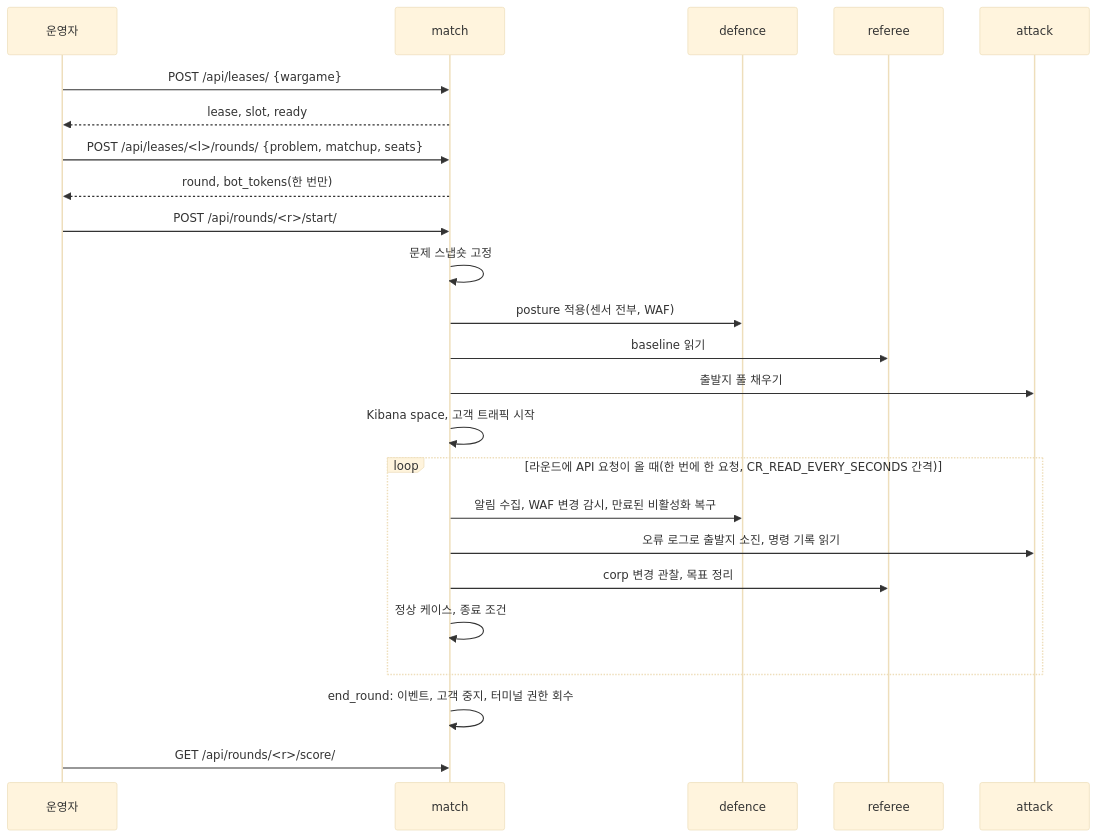
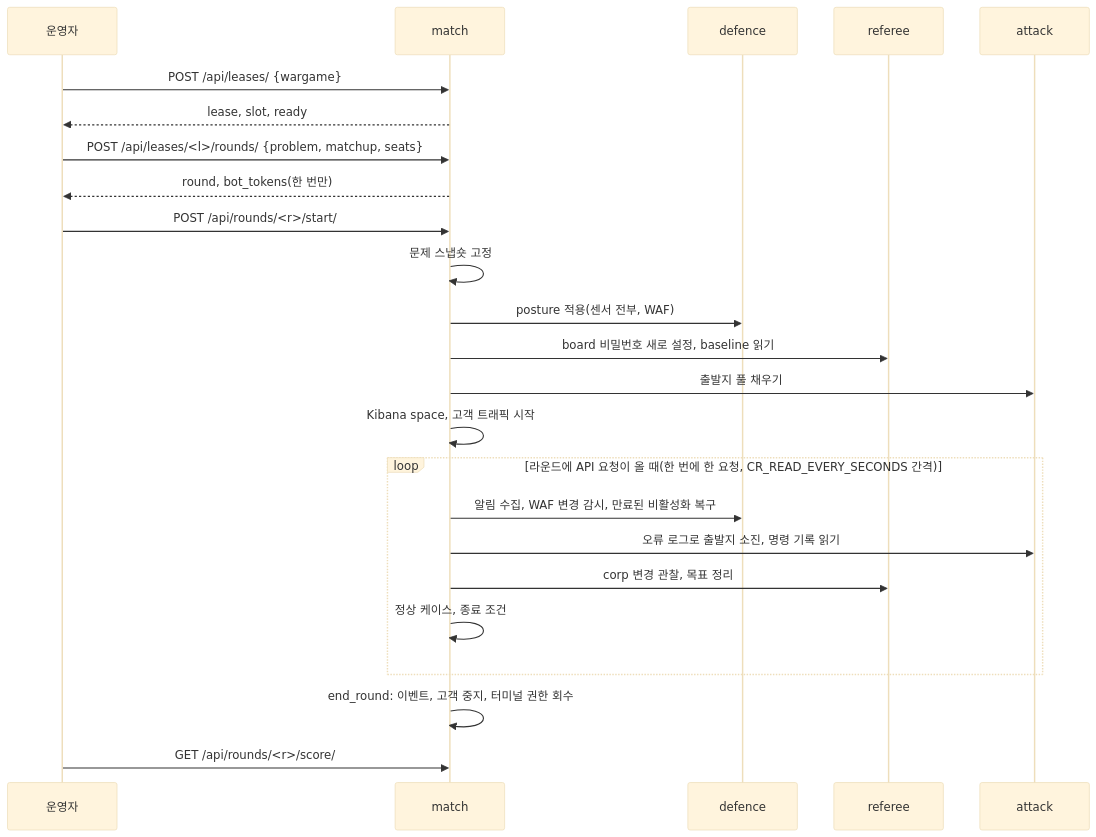
Before and after one commit to Nekonic/fsl-project-mvp: the diagram in docs/ARCHITECTURE.md, drawn with Mermaid (base theme). The commit also changed other lines of this file and 14 other files, not shown here.

````diff
--- a/docs/ARCHITECTURE.md
+++ b/docs/ARCHITECTURE.md
@@ -205,26 +205,26 @@
 ```mermaid
 sequenceDiagram
   participant O as 운영자
   participant M as match
   participant D as defence
   participant R as referee
   participant A as attack
   O->>M: POST /api/leases/ {wargame}
   M-->>O: lease, slot, ready
   O->>M: POST /api/leases/<l>/rounds/ {problem, matchup, seats}
   M-->>O: round, bot_tokens(한 번만)
   O->>M: POST /api/rounds/<r>/start/
   M->>M: 문제 스냅숏 고정
   M->>D: posture 적용(센서 전부, WAF)
-  M->>R: baseline 읽기
+  M->>R: board 비밀번호 새로 설정, baseline 읽기
   M->>A: 출발지 풀 채우기
   M->>M: Kibana space, 고객 트래픽 시작
   loop 라운드에 API 요청이 올 때(한 번에 한 요청, CR_READ_EVERY_SECONDS 간격)
     M->>D: 알림 수집, WAF 변경 감시, 만료된 비활성화 복구
     M->>A: 오류 로그로 출발지 소진, 명령 기록 읽기
     M->>R: corp 변경 관찰, 목표 정리
     M->>M: 정상 케이스, 종료 조건
   end
   M->>M: end_round: 이벤트, 고객 중지, 터미널 권한 회수
   O->>M: GET /api/rounds/<r>/score/
 ```
````
